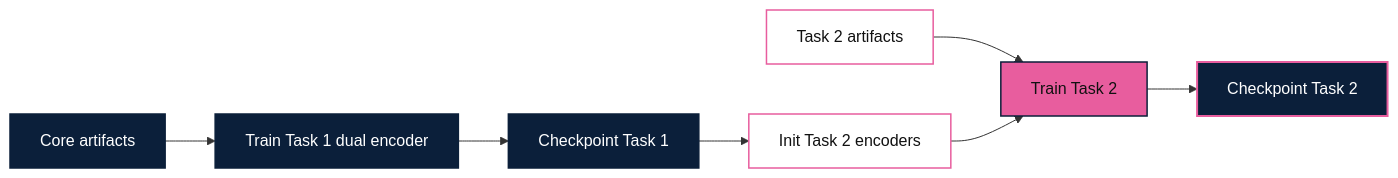
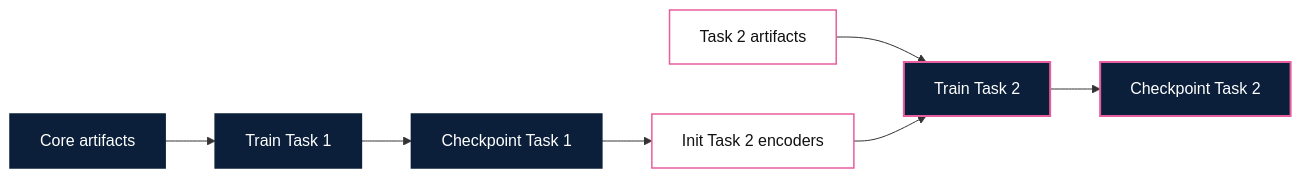
One commit to violaherfinap/msmd-learning changed the fourth of 4 diagrams in reports/dorfer_explained.md. Above: the diagram before and after it, drawn with Mermaid. The commit also changed other lines of this file and 5 other files, not shown here.

````diff
--- a/reports/dorfer_explained.md
+++ b/reports/dorfer_explained.md
@@ -509,18 +194,14 @@
 ```mermaid
 flowchart LR
-    A["Core artifacts"] --> B["Train Task 1 dual encoder"]
-    B --> C["Checkpoint Task 1"]
+    A["Core artifacts"] --> B["Train Task 1"] --> C["Checkpoint Task 1"]
     C --> D["Init Task 2 encoders"]
     E["Task 2 artifacts"] --> F["Train Task 2"]
-    D --> F
-    F --> G["Checkpoint Task 2"]
+    D --> F --> G["Checkpoint Task 2"]
 
     classDef navyBox fill:#0B1F3A,stroke:#0B1F3A,color:#FFFFFF,stroke-width:1.5px;
-    classDef pinkBox fill:#E85D9E,stroke:#0B1F3A,color:#111111,stroke-width:1.5px;
     classDef whitePink fill:#FFFFFF,stroke:#E85D9E,color:#111111,stroke-width:1.5px;
     classDef outputBox fill:#0B1F3A,stroke:#E85D9E,color:#FFFFFF,stroke-width:2px;
     class A,B,C navyBox;
     class D,E whitePink;
-    class F pinkBox;
-    class G outputBox;
+    class F,G outputBox;
 ```
````
